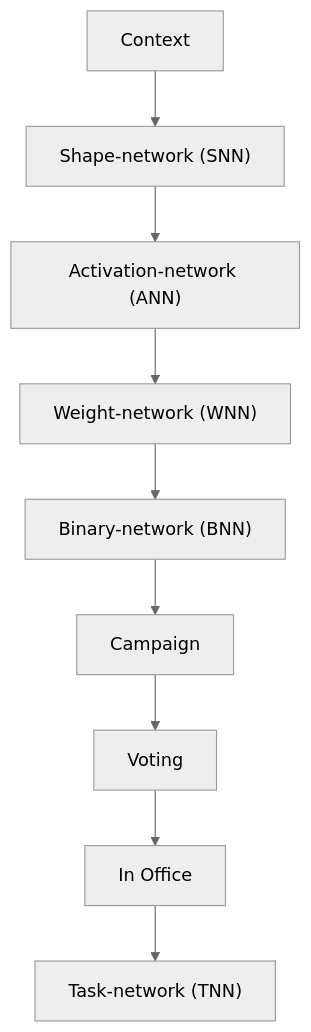
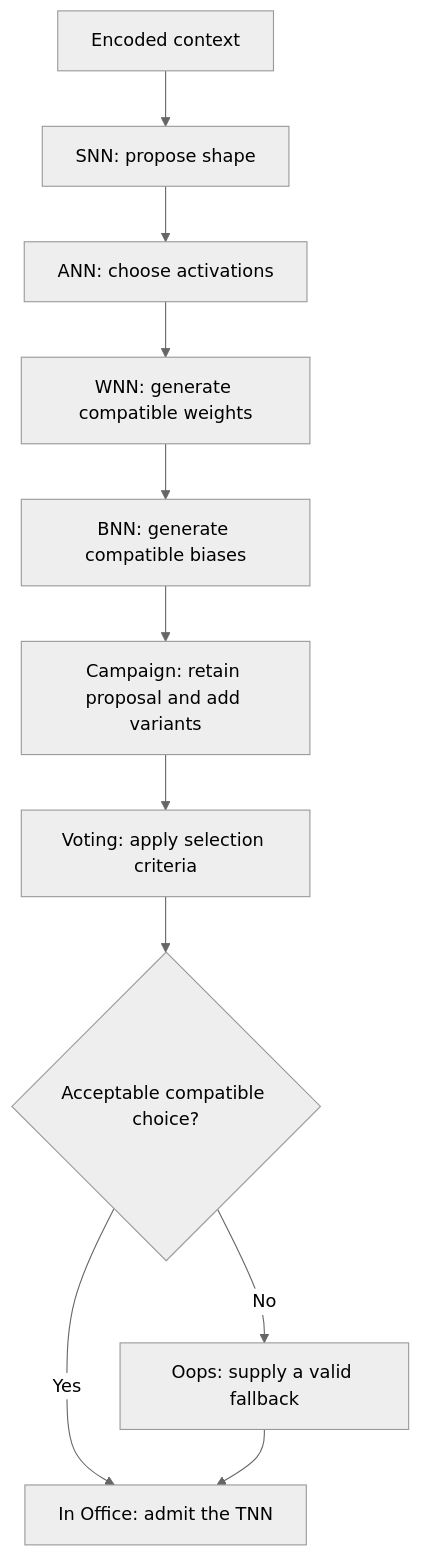
One commit to ghetea-patrick/jitml changed the second of 6 diagrams in README.md. Above: the diagram before and after it, drawn with Mermaid (neutral theme). The commit also changed other lines of this file, not shown here.

````diff
--- a/README.md
+++ b/README.md
@@ -51,11 +48,13 @@
 ```mermaid
 flowchart TB
-    Context["Context"] --> SNN["Shape-network (SNN)"]
-    SNN --> ANN["Activation-network (ANN)"]
-    ANN --> WNN["Weight-network (WNN)"]
-    WNN --> BNN["Binary-network (BNN)"]
-    BNN --> Campaign["Campaign"]
-    Campaign --> Voting["Voting"]
-    Voting --> InOffice["In Office"]
-    InOffice --> TNN["Task-network (TNN)"]
+    context["Encoded context"] --> snn["SNN: propose shape"]
+    snn --> ann["ANN: choose activations"]
+    ann --> wnn["WNN: generate compatible weights"]
+    wnn --> bnn["BNN: generate compatible biases"]
+    bnn --> campaign["Campaign: retain proposal and add variants"]
+    campaign --> voting["Voting: apply selection criteria"]
+    voting --> accepted{"Acceptable compatible choice?"}
+    accepted -->|Yes| office["In Office: admit the TNN"]
+    accepted -->|No| fallback["Oops: supply a valid fallback"]
+    fallback --> office
 ```
````
